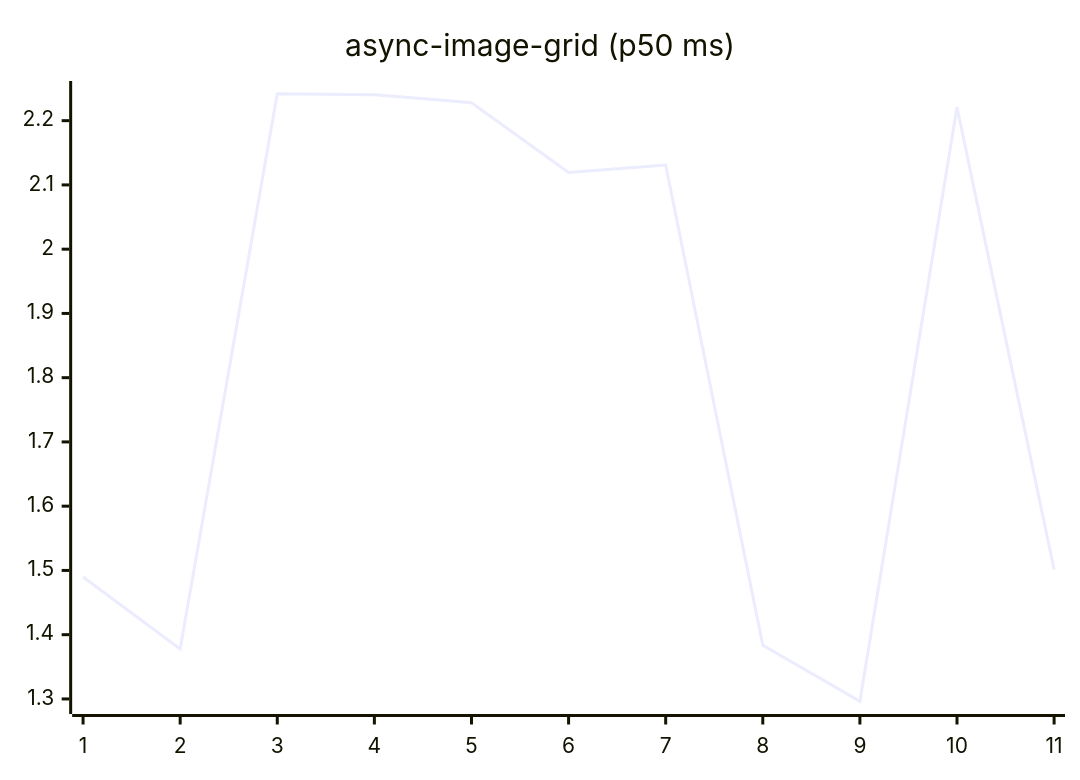
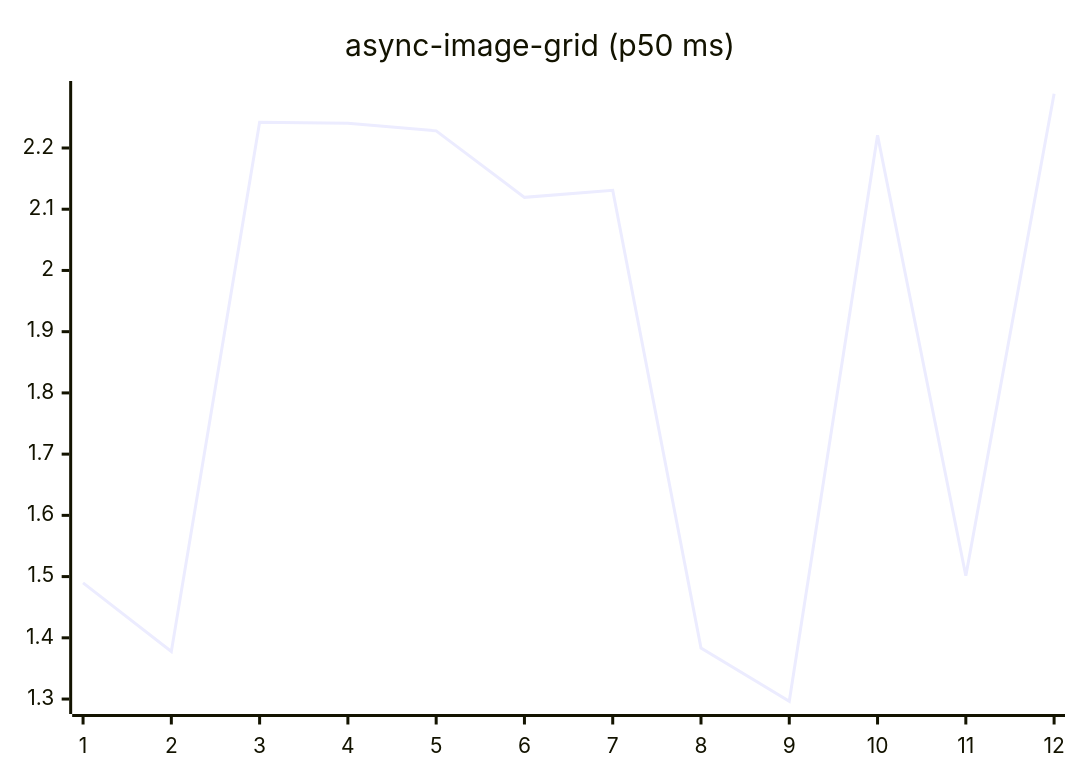
Before and after one commit to josha/Facet: the fifth of 27 diagrams in README.md, drawn with Mermaid. The commit also changed other lines of this file and 2 other files, not shown here.

````diff
--- a/README.md
+++ b/README.md
@@ -91,6 +91,6 @@
 ```mermaid
 xychart-beta
     title "async-image-grid (p50 ms)"
-    x-axis 1 --> 11
-    line [1.4898, 1.3778, 2.2419, 2.2404, 2.2280, 2.1194, 2.1310, 1.3834, 1.2964, 2.2208, 1.5015]
+    x-axis 1 --> 12
+    line [1.4898, 1.3778, 2.2419, 2.2404, 2.2280, 2.1194, 2.1310, 1.3834, 1.2964, 2.2208, 1.5015, 2.2886]
 ```
````
